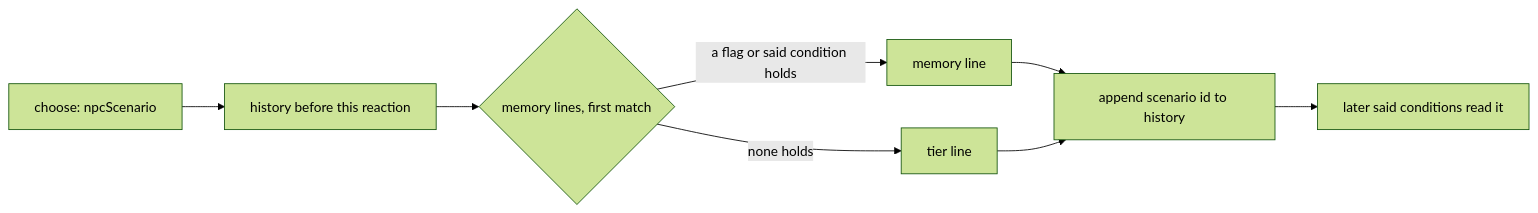
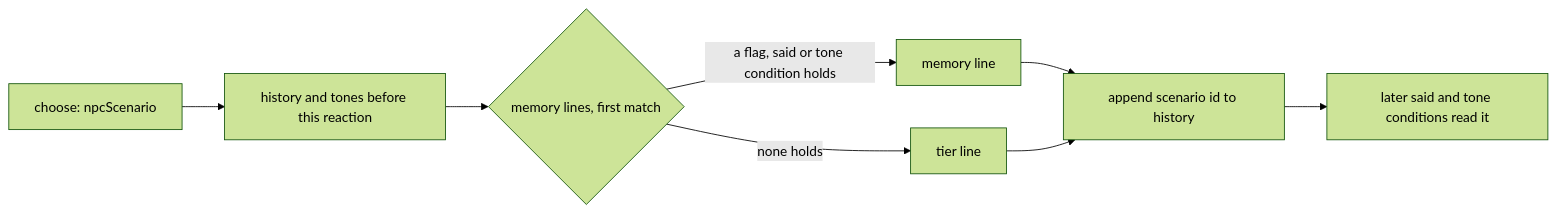
Before and after one commit to jgyy/nextxian: diagram 11 of 15 in docs/ARCHITECTURE.md, drawn with Mermaid (forest theme). The commit also changed other lines of this file and 58 other files, not shown here.

````diff
--- a/docs/ARCHITECTURE.md
+++ b/docs/ARCHITECTURE.md
@@ -130,10 +198,10 @@
 ```mermaid
 flowchart LR
-  A[choose: npcScenario] --> H[history before this reaction]
+  A[choose: npcScenario] --> H[history and tones before this reaction]
   H --> RM{memory lines, first match}
-  RM -- a flag or said condition holds --> ML[memory line]
+  RM -- a flag, said or tone condition holds --> ML[memory line]
   RM -- none holds --> TL[tier line]
   ML --> REC[append scenario id to history]
   TL --> REC
-  REC --> LATER[later said conditions read it]
+  REC --> LATER[later said and tone conditions read it]
 ```
````
